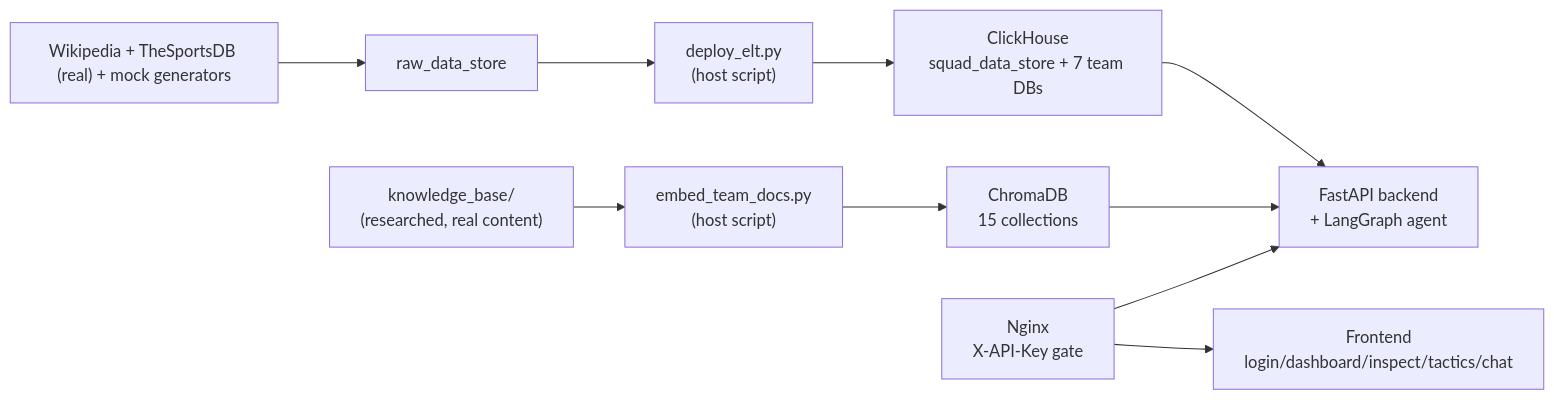
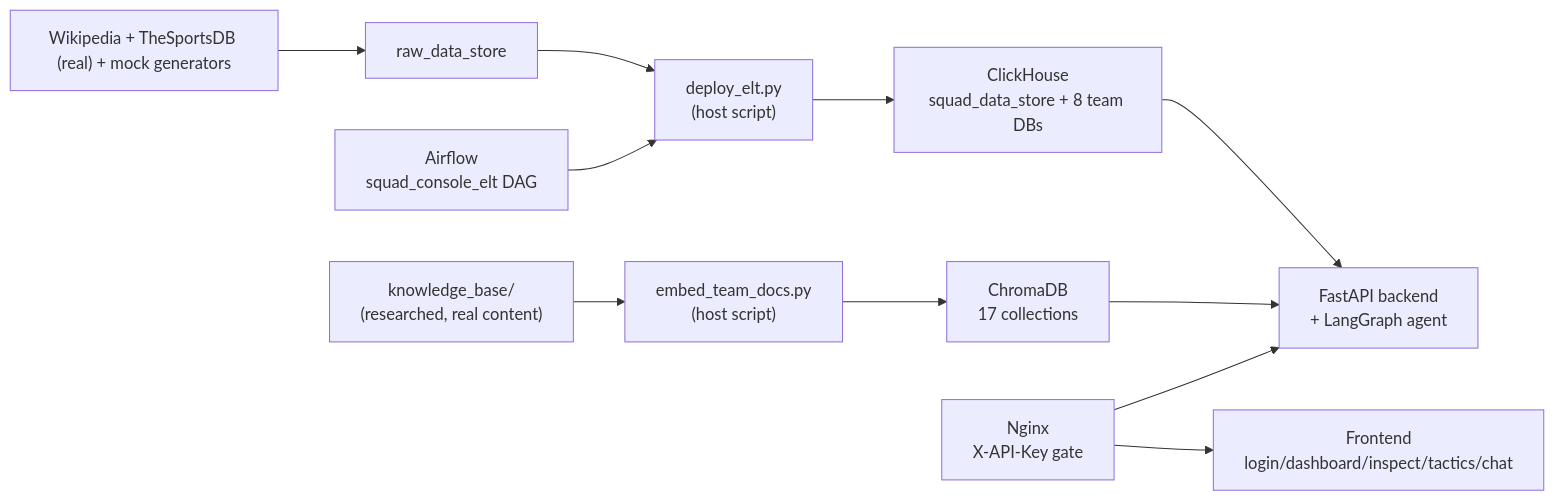
One commit to priyanshubiswas-tech/squad-console changed the diagram in README.md. Above: the diagram before and after it, drawn with Mermaid. The commit also changed other lines of this file and 65 other files, not shown here.

First line of the commit message:
Add Cape Verde as 8th team, Airflow ingestion DAG, and Vercel deployment

````diff
--- a/README.md
+++ b/README.md
@@ -44,12 +48,13 @@
 ```mermaid
 flowchart LR
     ext["Wikipedia + TheSportsDB (real) + mock generators"] --> raw["raw_data_store"]
     raw --> ingest["deploy_elt.py\n(host script)"]
-    ingest --> ch["ClickHouse\nsquad_data_store + 7 team DBs"]
+    airflow["Airflow\nsquad_console_elt DAG"] --> ingest
+    ingest --> ch["ClickHouse\nsquad_data_store + 8 team DBs"]
     kb["knowledge_base/\n(researched, real content)"] --> embed["embed_team_docs.py\n(host script)"]
-    embed --> chroma["ChromaDB\n15 collections"]
+    embed --> chroma["ChromaDB\n17 collections"]
     ch --> backend["FastAPI backend\n+ LangGraph agent"]
     chroma --> backend
     nginx["Nginx\nX-API-Key gate"] --> backend
     nginx --> frontend["Frontend\nlogin/dashboard/inspect/tactics/chat"]
 ```
````
